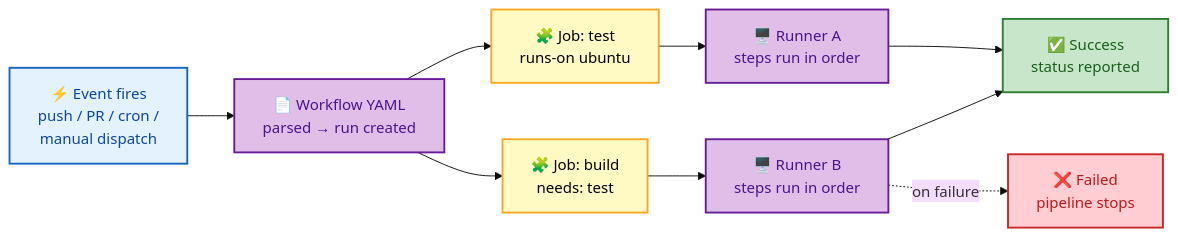
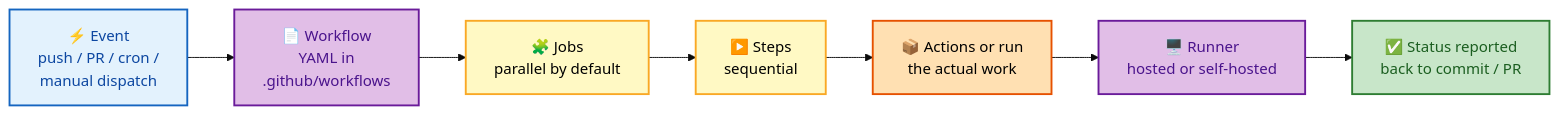
One commit to rakesh-budde/devops-guide changed the second of 2 diagrams in github-actions/README.md. Above: the diagram before and after it, drawn with Mermaid (base theme). The commit also changed other lines of this file and 127 other files, not shown here.

````diff
--- a/github-actions/README.md
+++ b/github-actions/README.md
@@ -75,23 +81,20 @@
 ```mermaid
 flowchart LR
-    EV["⚡ Event fires<br/>push / PR / cron /<br/>manual dispatch"] --> WF["📄 Workflow YAML<br/>parsed → run created"]
-    WF --> J1["🧩 Job: test<br/>runs-on ubuntu"]
-    WF --> J2["🧩 Job: build<br/>needs: test"]
-    J1 --> R1["🖥️ Runner A<br/>steps run in order"]
-    J2 --> R2["🖥️ Runner B<br/>steps run in order"]
-    R1 --> OK["✅ Success<br/>status reported"]
-    R2 --> OK
-    R2 -. "on failure" .-> BAD["❌ Failed<br/>pipeline stops"]
+    EV["⚡ Event<br/>push / PR / cron /<br/>manual dispatch"] --> WF["📄 Workflow<br/>YAML in<br/>.github/workflows"]
+    WF --> J["🧩 Jobs<br/>parallel by default"]
+    J --> S["▶️ Steps<br/>sequential"]
+    S --> A["📦 Actions or run<br/>the actual work"]
+    A --> RUN["🖥️ Runner<br/>hosted or self-hosted"]
+    RUN --> ST["✅ Status reported<br/>back to commit / PR"]
     class EV start;
     class WF ctrl;
-    class J1,J2 proc;
-    class R1,R2 ctrl;
-    class OK good;
-    class BAD bad;
+    class J,S proc;
+    class A store;
+    class RUN ctrl;
+    class ST good;
     classDef start fill:#e3f2fd,stroke:#1565c0,color:#0d47a1,stroke-width:2px;
     classDef proc fill:#fff9c4,stroke:#f9a825,color:#000,stroke-width:2px;
     classDef good fill:#c8e6c9,stroke:#2e7d32,color:#1b5e20,stroke-width:2px;
-    classDef bad fill:#ffcdd2,stroke:#c62828,color:#b71c1c,stroke-width:2px;
     classDef ctrl fill:#e1bee7,stroke:#6a1b9a,color:#4a148c,stroke-width:2px;
     classDef store fill:#ffe0b2,stroke:#e65100,color:#000,stroke-width:2px;
 ```
````
